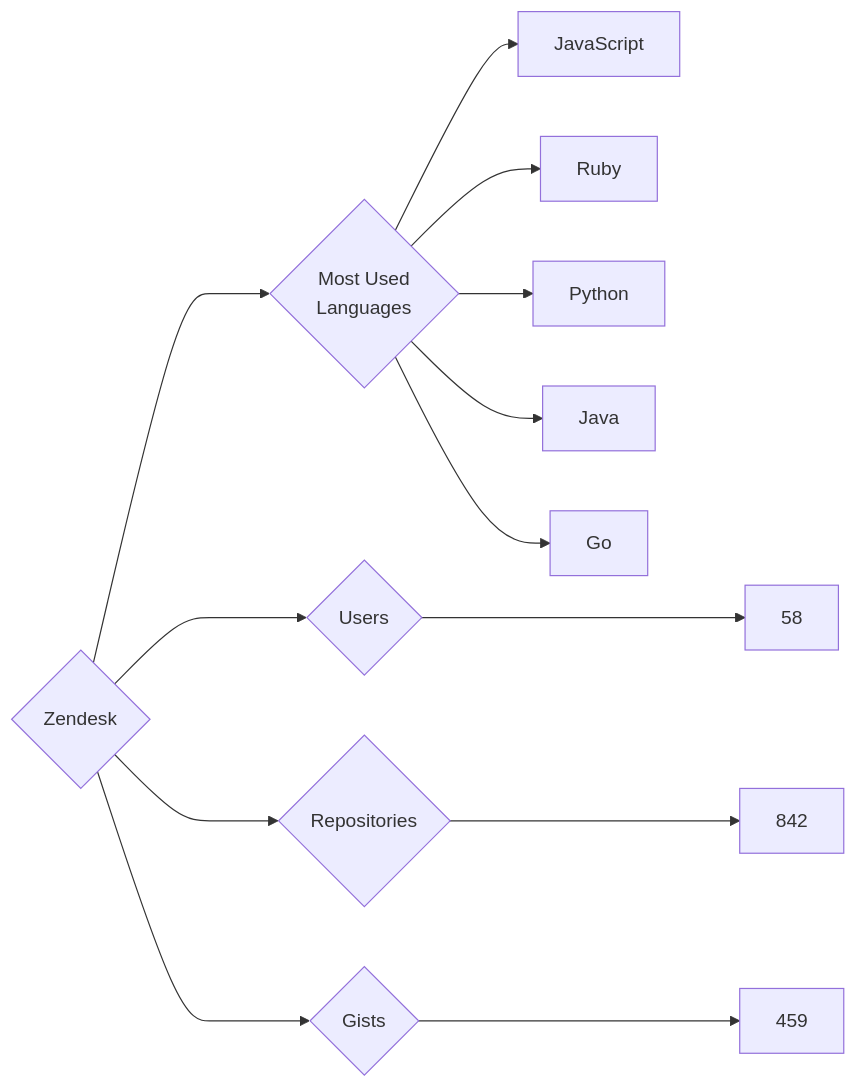
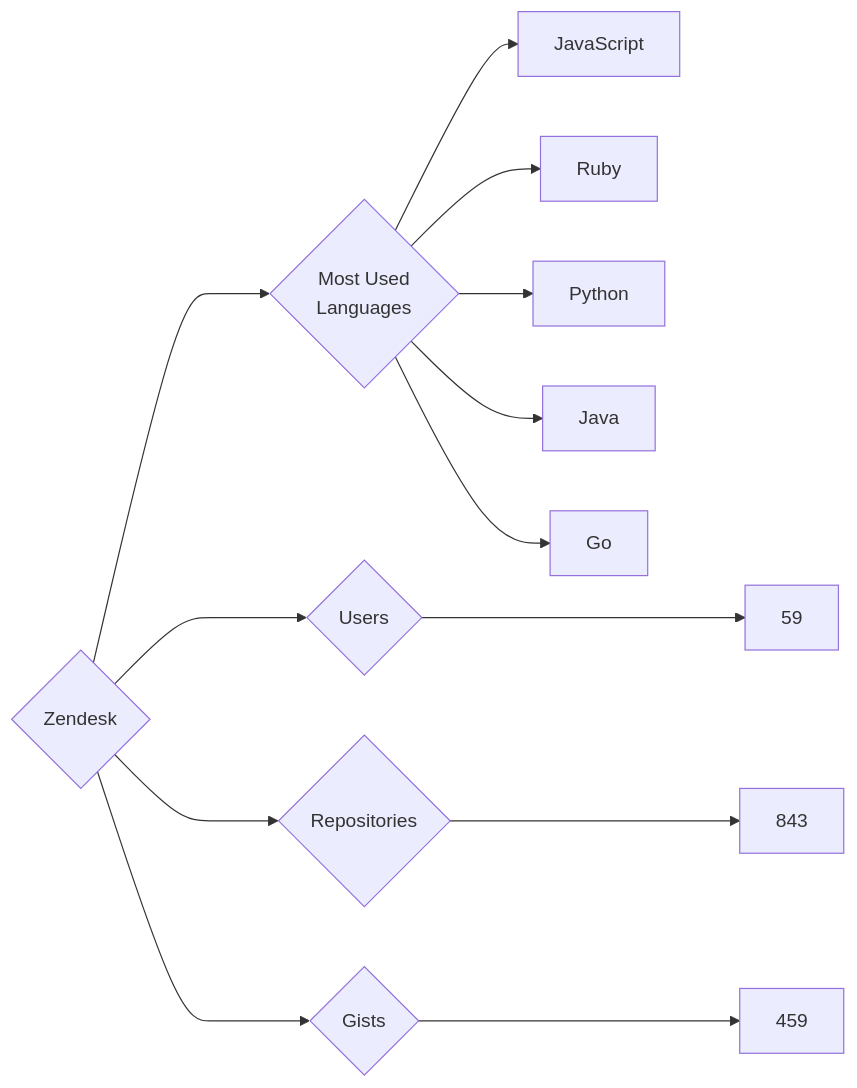
Before and after one commit to trickest/insiders: the diagram in targets/Zendesk/README.md, drawn with Mermaid. The commit also changed 444 other files, not shown here.

````diff
--- a/targets/Zendesk/README.md
+++ b/targets/Zendesk/README.md
@@ -3,13 +3,13 @@
 ```mermaid
 graph LR
 COMPANY_NAME{Zendesk}
-COMPANY_NAME ---> U{Users} ---> UN[58]
-COMPANY_NAME ---> R{Repositories} ---> RN[842]
+COMPANY_NAME ---> U{Users} ---> UN[59]
+COMPANY_NAME ---> R{Repositories} ---> RN[843]
 COMPANY_NAME ---> G{Gists} ---> GN[459]
 COMPANY_NAME ---> ML{Most Used<br>Languages}
 ML --> JavaScript[JavaScript]
 ML --> Ruby[Ruby]
 ML --> Python[Python]
 ML --> Java[Java]
 ML --> Go[Go]
 ```
````
